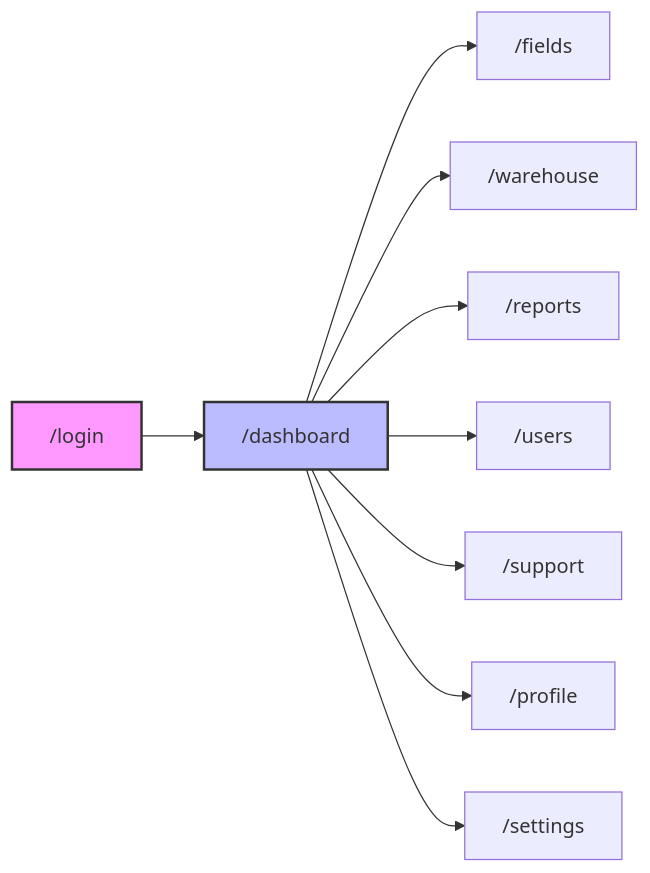
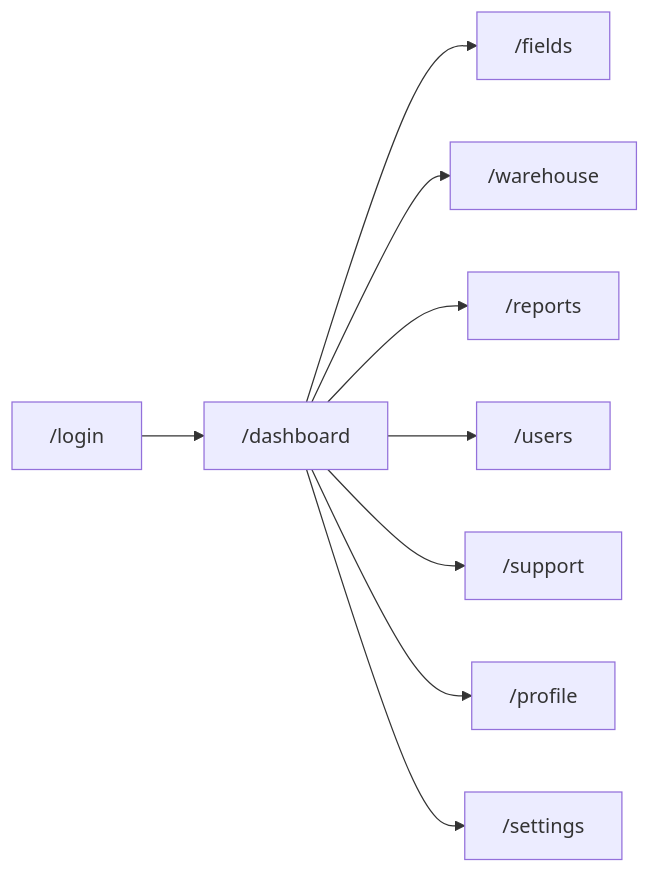
One commit to xxxquide/Agroplus_Practice changed the third of 4 diagrams in README.md. Above: the diagram before and after it, drawn with Mermaid. The commit also changed other lines of this file, not shown here.

````diff
--- a/README.md
+++ b/README.md
@@ -120,14 +103,11 @@
 ```mermaid
 flowchart LR
   LOGIN["/login"] --> DASH["/dashboard"]
   DASH --> FIELDS["/fields"]
   DASH --> WAREHOUSE["/warehouse"]
   DASH --> REPORTS["/reports"]
   DASH --> USERS["/users"]
   DASH --> SUPPORT["/support"]
   DASH --> PROFILE["/profile"]
   DASH --> SETTINGS["/settings"]
-  
-  style LOGIN fill:#f9f,stroke:#333,stroke-width:2px
-  style DASH fill:#bbf,stroke:#333,stroke-width:2px
 ```
````
